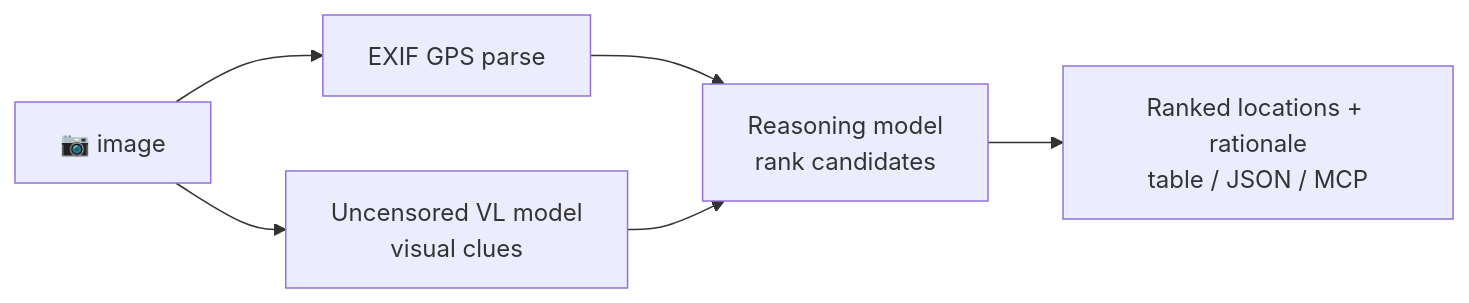
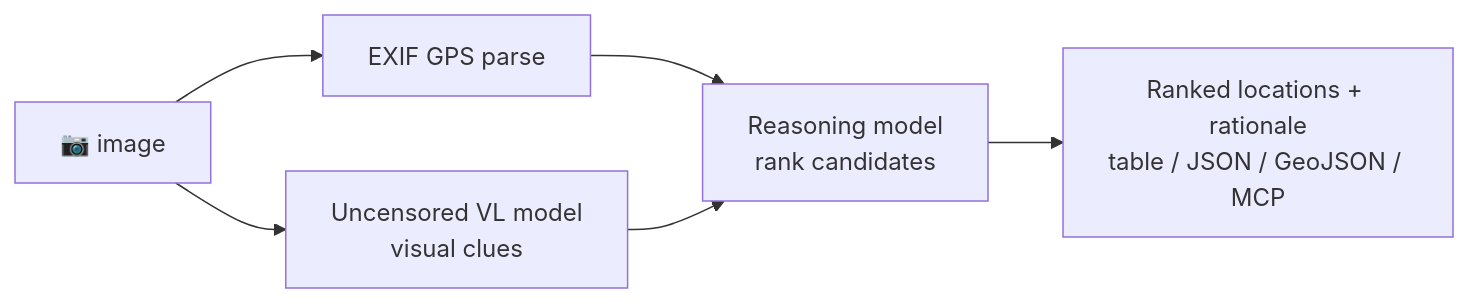
The diagram in README.md (cognis-digital/locateanything), drawn with Mermaid before and after one commit. The commit also changed other lines of this file and 28 other files, not shown here.

Commit message:
Add GeoJSON + offline --exif-only output, 8 real-use-case demos, EXIF/geojson tests

````diff
--- a/README.md
+++ b/README.md
@@ -53,8 +82,8 @@
 ```mermaid
 flowchart LR
   IMG[📷 image] --> EXIF[EXIF GPS parse]
   IMG --> VL[Uncensored VL model<br/>visual clues]
   EXIF --> R[Reasoning model<br/>rank candidates]
   VL --> R
-  R --> OUT[Ranked locations + rationale<br/>table / JSON / MCP]
+  R --> OUT[Ranked locations + rationale<br/>table / JSON / GeoJSON / MCP]
 ```
````
